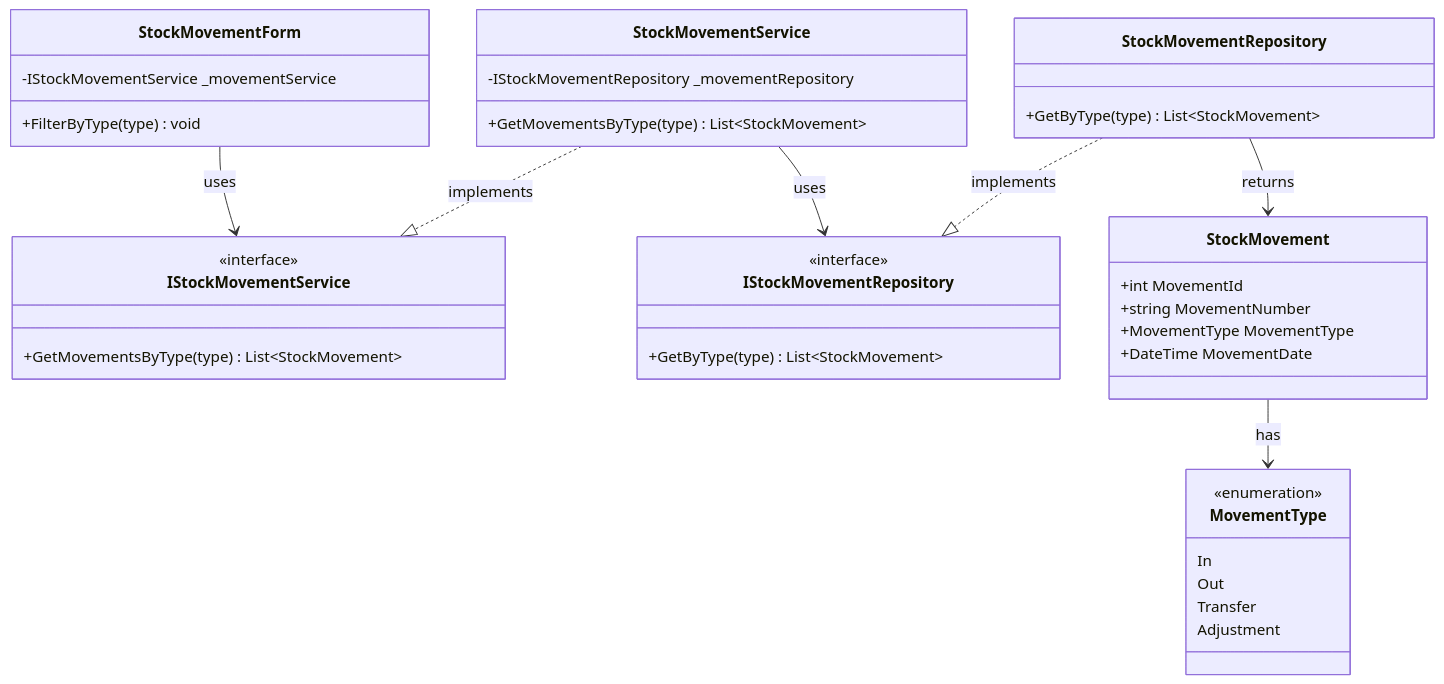
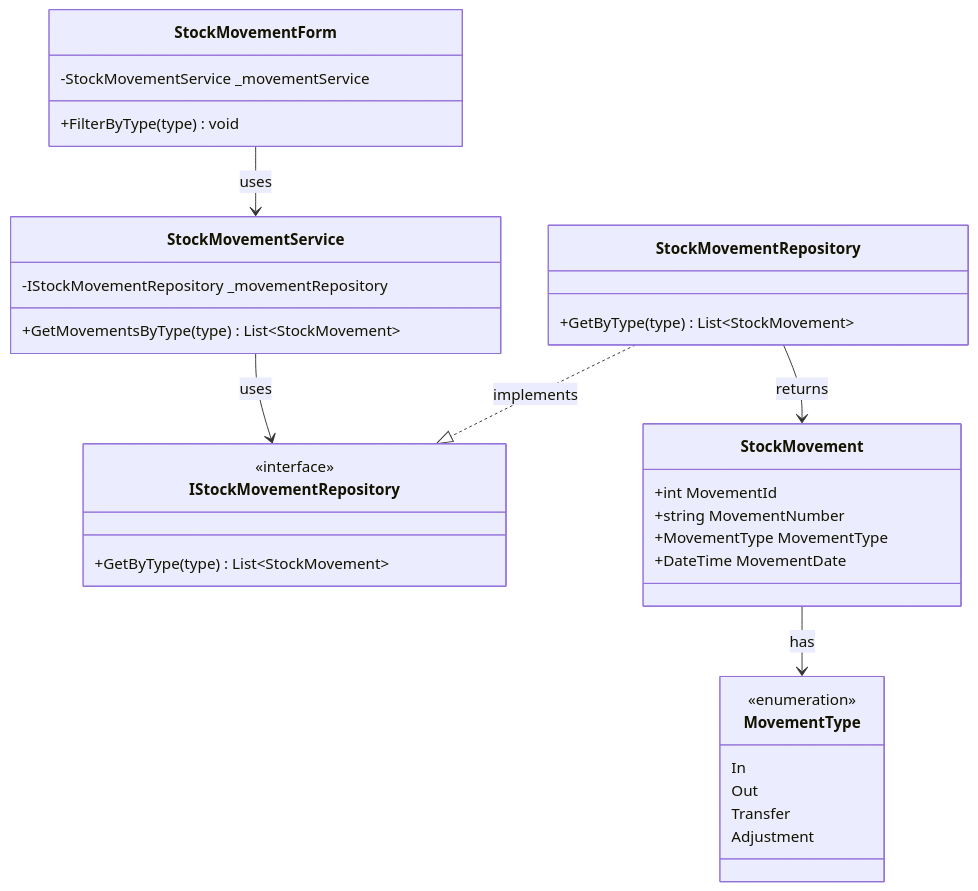
One commit to nahuk86/tp_diploma_nk_2026 changed diagram 11 of 16 in Documentation/UML_Diagrams/14_Movements_UseCases.md. Above: the diagram before and after it, drawn with Mermaid. The commit also changed other lines of this file and 5 other files, not shown here.

First line of the commit message:
Fix UML documentation: remove non-existent BLL service interfaces

````diff
--- a/Documentation/UML_Diagrams/14_Movements_UseCases.md
+++ b/Documentation/UML_Diagrams/14_Movements_UseCases.md
@@ -462,48 +430,43 @@
 ```mermaid
 classDiagram
     class StockMovementForm {
-        -IStockMovementService _movementService
+        -StockMovementService _movementService
         +FilterByType(type) void
     }
 
-    class IStockMovementService {
-        <<interface>>
-        +GetMovementsByType(type) List~StockMovement~
-    }
 
     class StockMovementService {
         -IStockMovementRepository _movementRepository
         +GetMovementsByType(type) List~StockMovement~
     }
 
     class IStockMovementRepository {
         <<interface>>
         +GetByType(type) List~StockMovement~
     }
 
     class StockMovementRepository {
         +GetByType(type) List~StockMovement~
     }
 
     class StockMovement {
         +int MovementId
         +string MovementNumber
         +MovementType MovementType
         +DateTime MovementDate
     }
 
     class MovementType {
         <<enumeration>>
         In
         Out
         Transfer
         Adjustment
     }
 
-    StockMovementForm --> IStockMovementService : uses
-    StockMovementService ..|> IStockMovementService : implements
+    StockMovementForm --> StockMovementService : uses
     StockMovementService --> IStockMovementRepository : uses
     StockMovementRepository ..|> IStockMovementRepository : implements
     StockMovementRepository --> StockMovement : returns
     StockMovement --> MovementType : has
 ```
````
